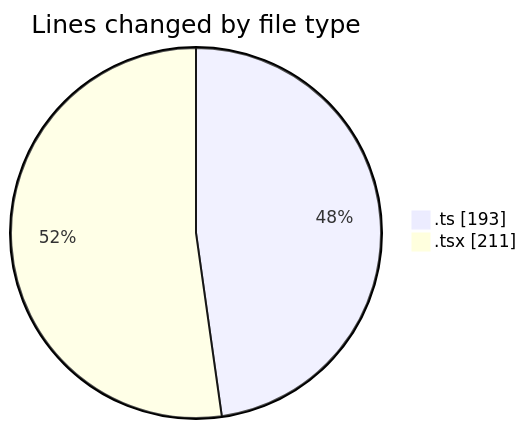
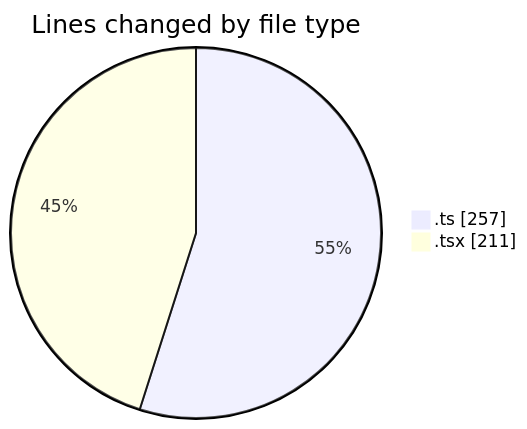
Before and after one commit to robertbonfada/code-tracking: the first of 2 diagrams in 2025-03-11/audiobooks-web/README.md, drawn with Mermaid. The commit also changed other lines of this file and 1 other file, not shown here.

````diff
--- a/2025-03-11/audiobooks-web/README.md
+++ b/2025-03-11/audiobooks-web/README.md
@@ -22,6 +23,6 @@
 ```mermaid
 pie showData
 title Lines changed by file type
-".ts" : 193
+".ts" : 257
 ".tsx" : 211
 ```
````
